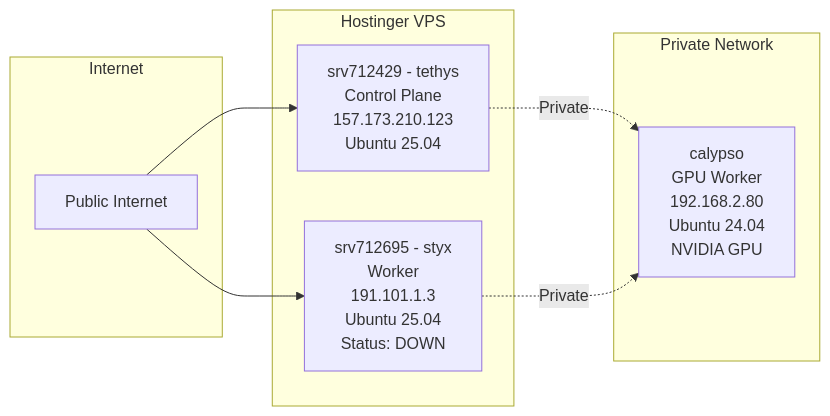
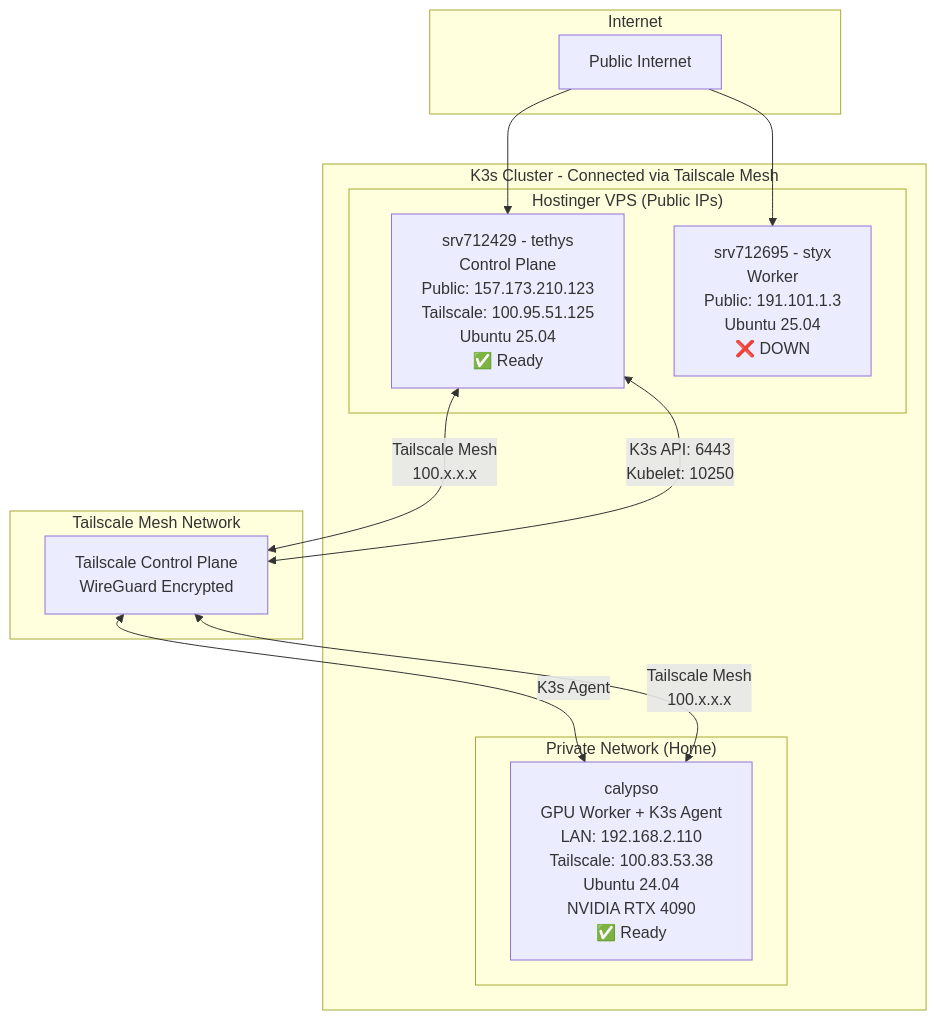
Before and after one commit to goldfish-inc/deepseek-ocr-vllm: the second of 16 diagrams in docs/architecture/NETWORK_ARCHITECTURE.md, drawn with Mermaid. The commit also changed other lines of this file and 2 other files, not shown here.

First line of the commit message:
docs: update architecture for calypso as K3s cluster member

````diff
--- a/docs/architecture/NETWORK_ARCHITECTURE.md
+++ b/docs/architecture/NETWORK_ARCHITECTURE.md
@@ -74,20 +74,28 @@
 ```mermaid
-graph LR
+graph TB
     subgraph "Internet"
         INET[Public Internet]
     end
 
-    subgraph "Hostinger VPS"
-        TETHYS[srv712429 - tethys<br/>Control Plane<br/>157.173.210.123<br/>Ubuntu 25.04]
-        STYX[srv712695 - styx<br/>Worker<br/>191.101.1.3<br/>Ubuntu 25.04<br/>Status: DOWN]
+    subgraph "K3s Cluster - Connected via Tailscale Mesh"
+        subgraph "Hostinger VPS (Public IPs)"
+            TETHYS[srv712429 - tethys<br/>Control Plane<br/>Public: 157.173.210.123<br/>Tailscale: 100.95.51.125<br/>Ubuntu 25.04<br/>✅ Ready]
+            STYX[srv712695 - styx<br/>Worker<br/>Public: 191.101.1.3<br/>Ubuntu 25.04<br/>❌ DOWN]
+        end
+
+        subgraph "Private Network (Home)"
+            CALYPSO[calypso<br/>GPU Worker + K3s Agent<br/>LAN: 192.168.2.110<br/>Tailscale: 100.83.53.38<br/>Ubuntu 24.04<br/>NVIDIA RTX 4090<br/>✅ Ready]
+        end
     end
 
-    subgraph "Private Network"
-        CALYPSO[calypso<br/>GPU Worker<br/>192.168.2.80<br/>Ubuntu 24.04<br/>NVIDIA GPU]
+    subgraph "Tailscale Mesh Network"
+        TS[Tailscale Control Plane<br/>WireGuard Encrypted]
     end
 
     INET --> TETHYS
     INET --> STYX
-    TETHYS -.Private.-> CALYPSO
-    STYX -.Private.-> CALYPSO
+    TETHYS <-->|Tailscale Mesh<br/>100.x.x.x| TS
+    CALYPSO <-->|Tailscale Mesh<br/>100.x.x.x| TS
+    TS <-->|K3s API: 6443<br/>Kubelet: 10250| TETHYS
+    TS <-->|K3s Agent| CALYPSO
 ```
````
